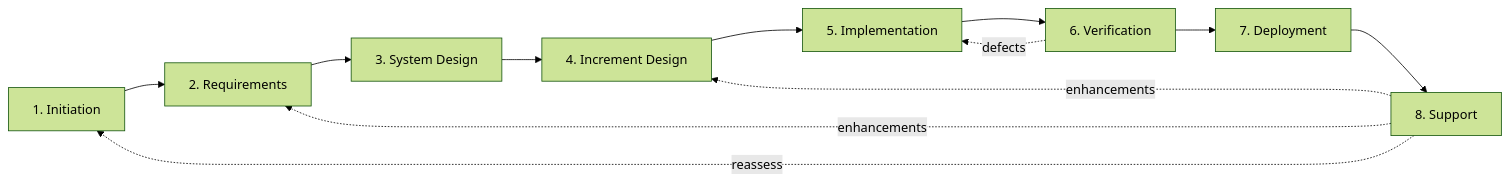
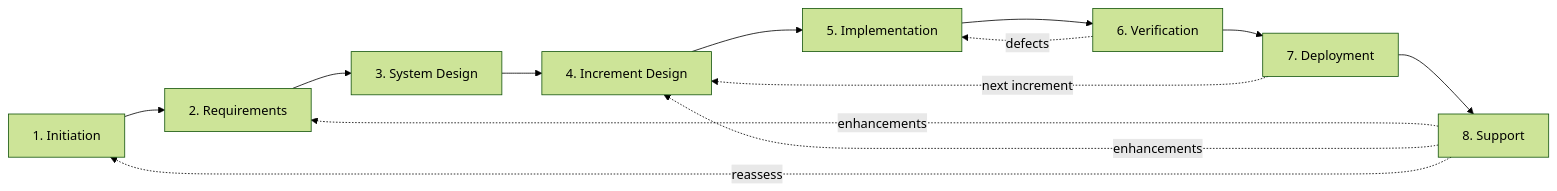
Before and after one commit to katawright/seichi-framework: the diagram in guides/agentic-workflow.md, drawn with Mermaid (forest theme). The commit also changed other lines of this file and 23 other files, not shown here.

````diff
--- a/guides/agentic-workflow.md
+++ b/guides/agentic-workflow.md
@@ -445,15 +447,16 @@
 ```mermaid
 flowchart LR
     Init[1. Initiation] --> Req[2. Requirements]
     Req --> SD[3. System Design]
     SD --> ID[4. Increment Design]
     ID --> Impl[5. Implementation]
     Impl --> Ver[6. Verification]
     Ver --> Dep[7. Deployment]
     Dep --> Sup[8. Support]
 
     Ver -.->|defects| Impl
+    Dep -.->|next increment| ID
     Sup -.->|enhancements| Req
     Sup -.->|enhancements| ID
     Sup -.->|reassess| Init
 ```
````
